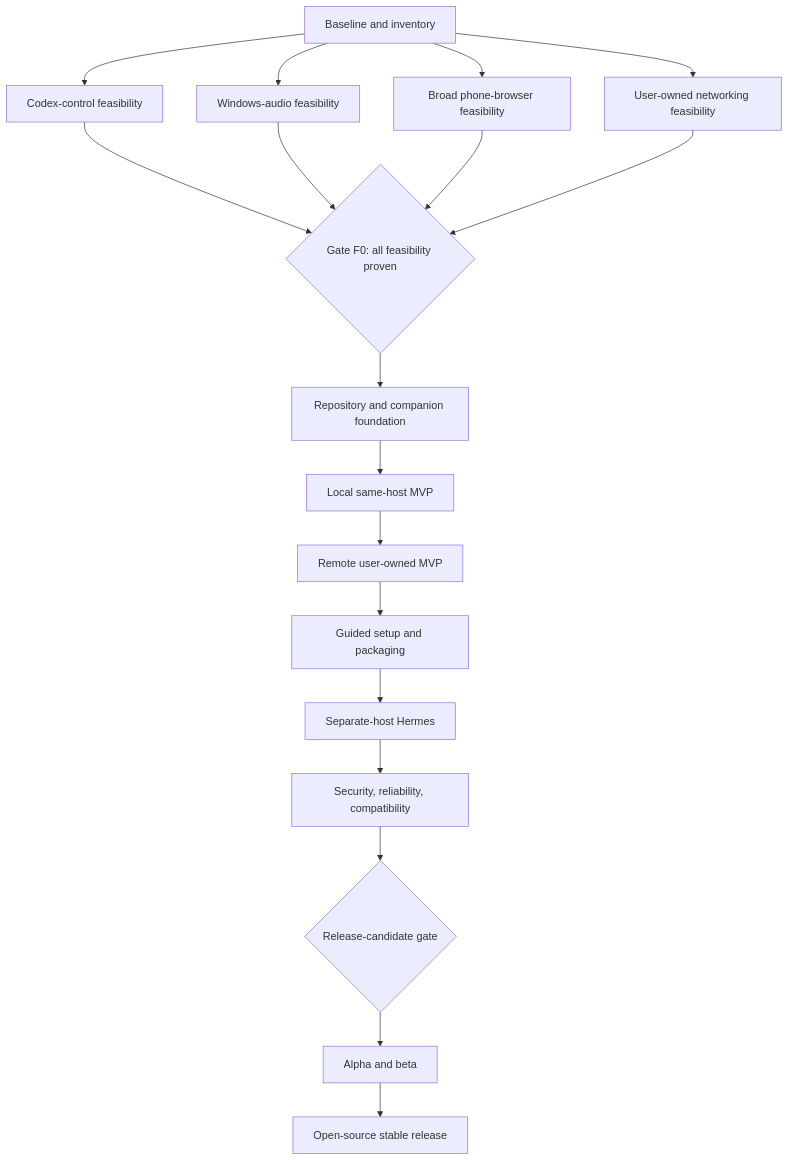
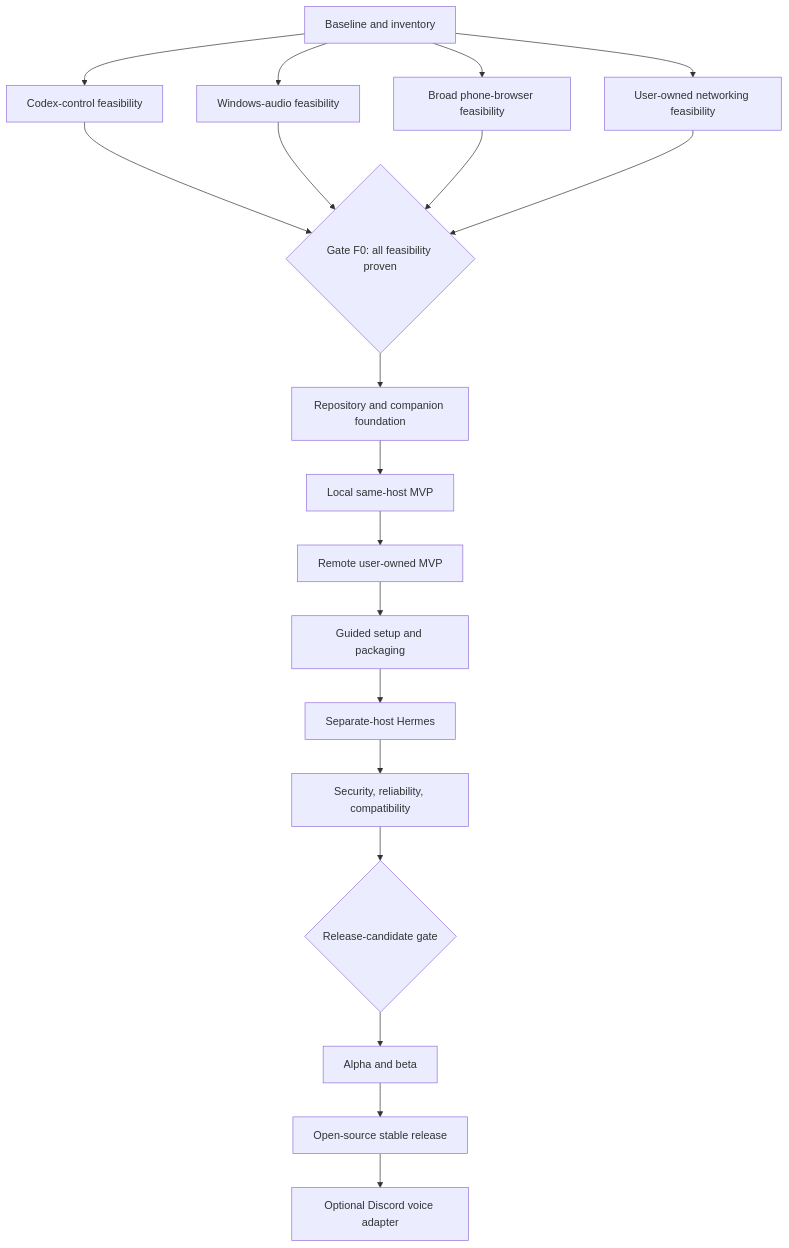
The diagram in docs/checkpoint-map.md (josuesto/hermes-voice-implementation), drawn with Mermaid before and after one commit. The commit also changed other lines of this file and 3 other files, not shown here.

Commit message:
docs: plan optional Discord voice transport

````diff
--- a/docs/checkpoint-map.md
+++ b/docs/checkpoint-map.md
@@ -50,20 +50,21 @@
 ```mermaid
 flowchart TD
     B[Baseline and inventory] --> C[Codex-control feasibility]
     B --> A[Windows-audio feasibility]
     B --> P[Broad phone-browser feasibility]
     B --> N[User-owned networking feasibility]
     C --> F0{Gate F0: all feasibility proven}
     A --> F0
     P --> F0
     N --> F0
     F0 --> F[Repository and companion foundation]
     F --> L[Local same-host MVP]
     L --> R[Remote user-owned MVP]
     R --> I[Guided setup and packaging]
     I --> H[Separate-host Hermes]
     H --> Q[Security, reliability, compatibility]
     Q --> RC{Release-candidate gate}
     RC --> BETA[Alpha and beta]
     BETA --> REL[Open-source stable release]
+    REL --> D[Optional Discord voice adapter]
 ```
````
